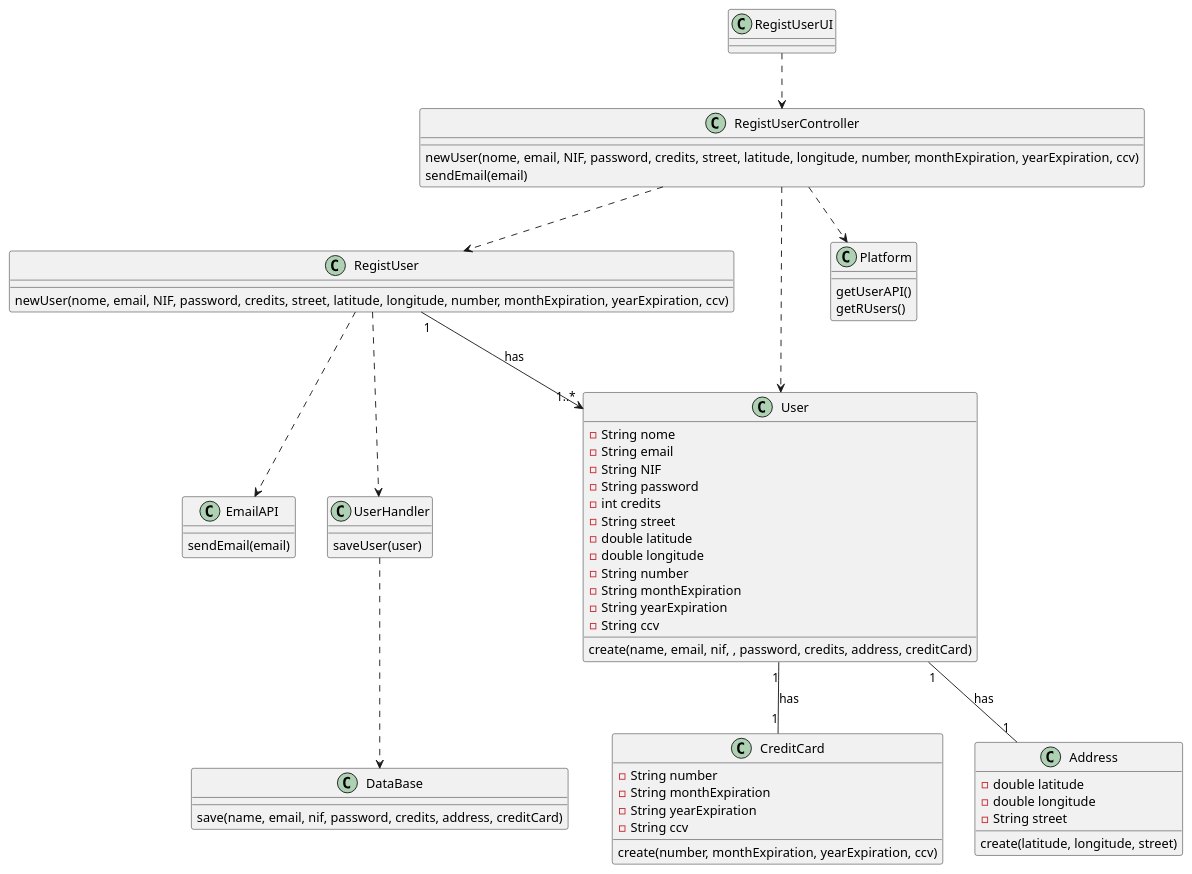
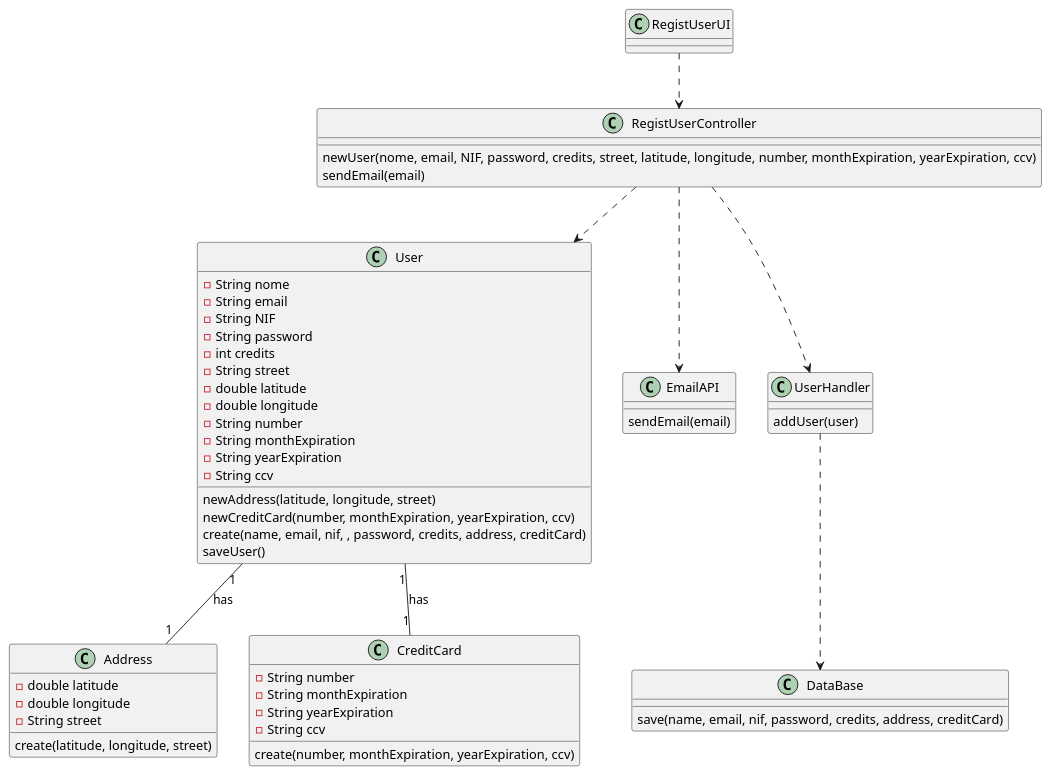
Before and after one commit to 1190452/LAPR3: the diagram in Documents/UC1/CD.puml, drawn with PlantUML. The commit also changed 7 other files, not shown here.

```diff
--- a/Documents/UC1/CD.puml
+++ b/Documents/UC1/CD.puml
@@ -1,79 +1,67 @@
 @startuml
 
-class RegistUser{
-newUser(nome, email, NIF, password, credits, street, latitude, longitude, number, monthExpiration, yearExpiration, ccv)
-
-}
 
 class Address {
   -double latitude
   -double longitude
   -String street
   create(latitude, longitude, street)
 }
 
-  
+
 class User {
   -String nome
   -String email
   -String NIF
   -String password
   -int credits
   -String street
   -double latitude
   -double longitude
   -String number
   -String monthExpiration
   -String yearExpiration
   -String ccv
+  newAddress(latitude, longitude, street)
+  newCreditCard(number, monthExpiration, yearExpiration, ccv)
   create(name, email, nif, , password, credits, address, creditCard)
+  saveUser()
 
 }
-  
+
 class CreditCard {
    -String number
   -String monthExpiration
   -String yearExpiration
   -String ccv
   create(number, monthExpiration, yearExpiration, ccv)
 }
-class Platform {
-  getUserAPI()    
-  getRUsers()
-}
 
 
 class RegistUserController {
   newUser(nome, email, NIF, password, credits, street, latitude, longitude, number, monthExpiration, yearExpiration, ccv)
   sendEmail(email)
-}
-  
-
-class RegistUserUI {
 }
 
 class EmailAPI {
 sendEmail(email)
 }
 
 class UserHandler {
-saveUser(user)
+addUser(user)
 }
 
 
 class DataBase {
 save(name, email, nif, password, credits, address, creditCard)
 }
 
 RegistUserUI ..> RegistUserController
-RegistUserController ..> Platform
-RegistUserController ..> RegistUser
 RegistUserController ..> User
-RegistUser "1" --> "1..*" User: has
 UserHandler ..> DataBase
-RegistUser ..> UserHandler
-RegistUser ..> EmailAPI
+RegistUserController ..> UserHandler
+RegistUserController ..> EmailAPI
 User "1" -- "1" Address: has
 User "1" -- "1" CreditCard: has
 
 @enduml
```
